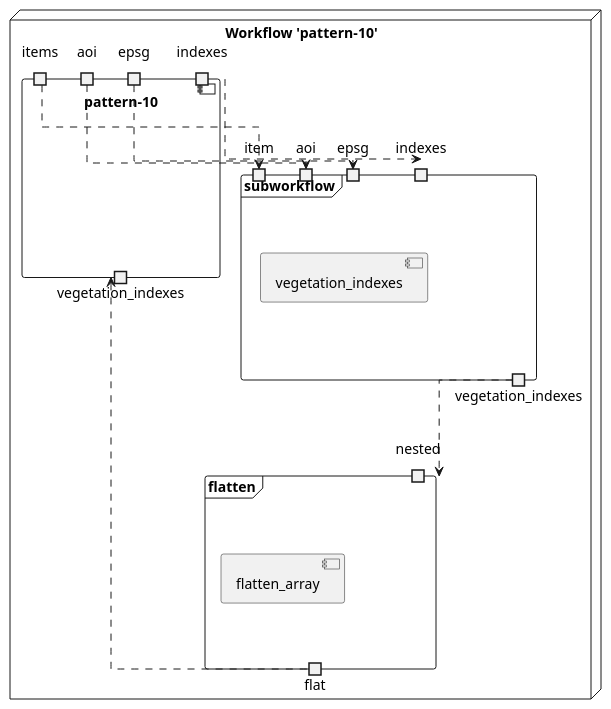
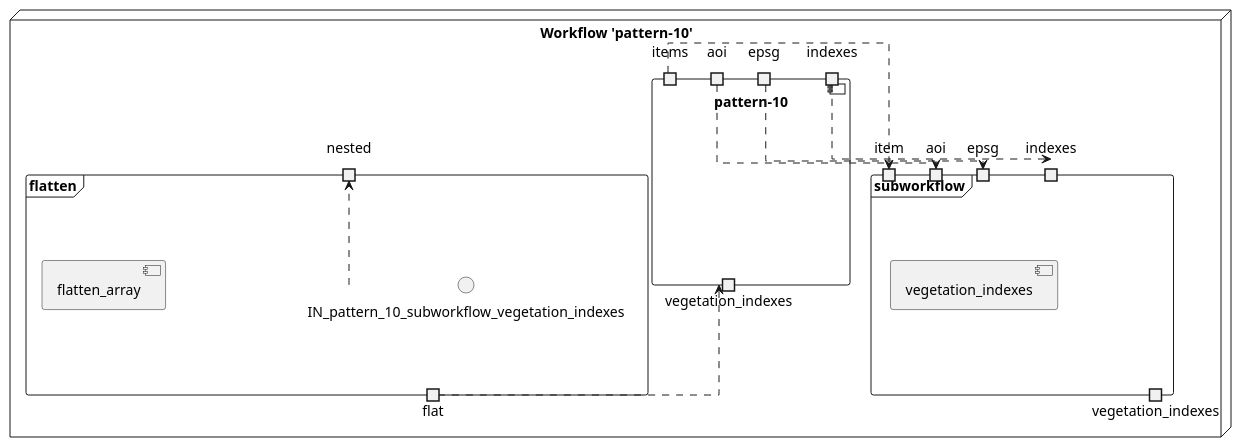
Before and after one commit to eoap/application-package-patterns: the diagram in docs/pattern-10/component.puml, drawn with PlantUML. The commit also changed other lines of this file and 182 other files, not shown here.

Commit message:
fix(docs): render typed diagrams and lock runner test dependencies

```diff
--- a/docs/pattern-10/component.puml
+++ b/docs/pattern-10/component.puml
@@ -5,96 +5,96 @@
 @startuml
 
 skinparam linetype ortho
 
 
 
 
 node "Workflow 'pattern-10'" {
     component "pattern-10" as pattern_10 {
 
-        portin "aoi" as pattern_10_aoi
+        portin "aoi" as IN_pattern_10_aoi
 
-        portin "epsg" as pattern_10_epsg
+        portin "epsg" as IN_pattern_10_epsg
 
-        portin "indexes" as pattern_10_indexes
+        portin "indexes" as IN_pattern_10_indexes
 
-        portin "items" as pattern_10_items
+        portin "items" as IN_pattern_10_items
 
 
-        portout "vegetation_indexes" as pattern_10_vegetation_indexes
+        portout "vegetation_indexes" as OUT_pattern_10_vegetation_indexes
 
     }
 
 
     frame "subworkflow" as pattern_10_subworkflow {
 
-        portin "item" as pattern_10_subworkflow_item
+        portin "item" as IN_pattern_10_subworkflow_item
 
 
 
-        pattern_10_items .down.> pattern_10_subworkflow_item
+        IN_pattern_10_items .down.> IN_pattern_10_subworkflow_item
 
 
 
-        portin "aoi" as pattern_10_subworkflow_aoi
+        portin "aoi" as IN_pattern_10_subworkflow_aoi
 
 
 
-        pattern_10_aoi .down.> pattern_10_subworkflow_aoi
+        IN_pattern_10_aoi .down.> IN_pattern_10_subworkflow_aoi
 
 
 
-        portin "epsg" as pattern_10_subworkflow_epsg
+        portin "epsg" as IN_pattern_10_subworkflow_epsg
 
 
 
-        pattern_10_epsg .down.> pattern_10_subworkflow_epsg
+        IN_pattern_10_epsg .down.> IN_pattern_10_subworkflow_epsg
 
 
 
-        portin "indexes" as pattern_10_subworkflow_indexes
+        portin "indexes" as IN_pattern_10_subworkflow_indexes
 
 
 
-        pattern_10_indexes .down.> pattern_10_subworkflow_indexes
+        IN_pattern_10_indexes .down.> IN_pattern_10_subworkflow_indexes
 
 
 
 
 
-        portout "vegetation_indexes" as pattern_10_subworkflow_vegetation_indexes
+        portout "vegetation_indexes" as OUT_pattern_10_subworkflow_vegetation_indexes
 
 
         component "vegetation_indexes" as vegetation_indexes
     }
 
     frame "flatten" as pattern_10_flatten {
 
-        portin "nested" as pattern_10_flatten_nested
+        portin "nested" as IN_pattern_10_flatten_nested
 
 
 
-        pattern_10_subworkflow_vegetation_indexes .down.> pattern_10_flatten_nested
+        IN_pattern_10_subworkflow_vegetation_indexes .down.> IN_pattern_10_flatten_nested
 
 
 
 
 
-        portout "flat" as pattern_10_flatten_flat
+        portout "flat" as OUT_pattern_10_flatten_flat
 
 
         component "flatten_array" as flatten_array
     }
 
 }
 
 
 
 
-pattern_10_flatten_flat .up.> pattern_10_vegetation_indexes
+OUT_pattern_10_flatten_flat .up.> OUT_pattern_10_vegetation_indexes
 
 
 
 
 
 @enduml
```
